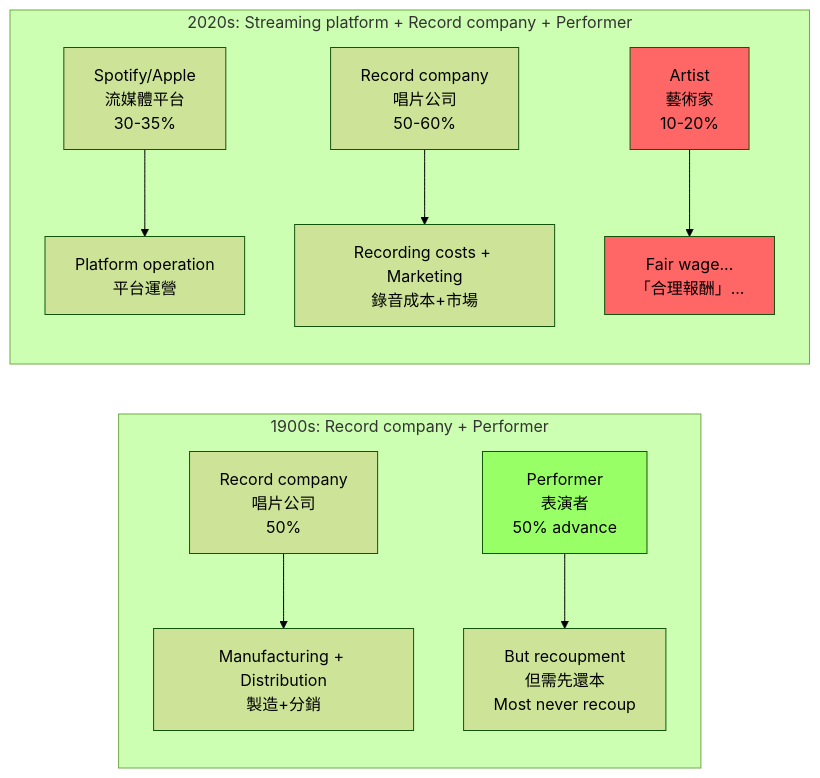
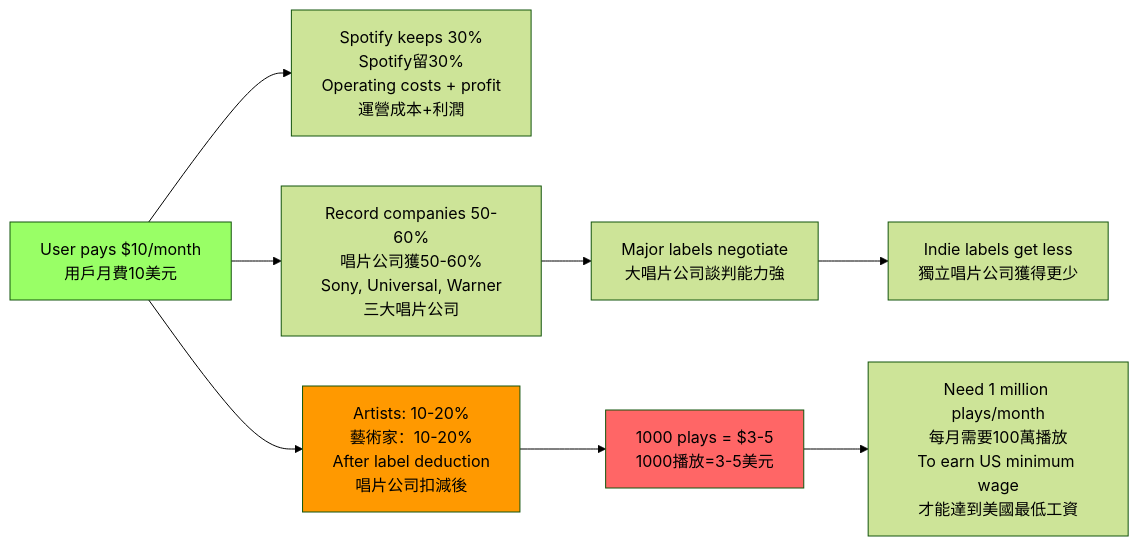
One commit to yip-lgtm/HKU-Harvard-History-Self-Study changed the second of 5 diagrams in 01_HKU_Courses/HIST4039_Technology_Creativity_Music.md. Above: the diagram before and after it, drawn with Mermaid (forest theme). The commit also changed other lines of this file and 22 other files, not shown here.

````diff
--- a/01_HKU_Courses/HIST4039_Technology_Creativity_Music.md
+++ b/01_HKU_Courses/HIST4039_Technology_Creativity_Music.md
@@ -120,17 +191,16 @@
 ```mermaid
 graph LR
-    subgraph "1900s: Record company + Performer"
-        A1[Record company<br/>唱片公司<br/>50%] --> A2[Manufacturing + Distribution<br/>製造+分銷]
-        A3[Performer<br/>表演者<br/>50% advance] --> A4[But recoupment<br/>但需先還本<br/>Most never recoup]
-    end
+    A[User pays $10/month<br/>用戶月費10美元] --> B[Spotify keeps 30%<br/>Spotify留30%<br/>Operating costs + profit<br/>運營成本+利潤]
+    A --> C[Record companies 50-60%<br/>唱片公司獲50-60%<br/>Sony, Universal, Warner<br/>三大唱片公司]
+    A --> D[Artists: 10-20%<br/>藝術家：10-20%<br/>After label deduction<br/>唱片公司扣減後]
     
-    subgraph "2020s: Streaming platform + Record company + Performer"
-        B1[Spotify/Apple<br/>流媒體平台<br/>30-35%] --> B2[Platform operation<br/>平台運營]
-        B3[Record company<br/>唱片公司<br/>50-60%] --> B4[Recording costs + Marketing<br/>錄音成本+市場]
-        B5[Artist<br/>藝術家<br/>10-20%] --> B6["Fair wage"...<br/>「合理報酬」...]
-    end
+    D --> E[1000 plays = $3-5<br/>1000播放=3-5美元]
+    E --> F[Need 1 million plays/month<br/>每月需要100萬播放<br/>To earn US minimum wage<br/>才能達到美國最低工資]
     
-    style A3 fill:#9f6
-    style B5 fill:#f66
-    style B6 fill:#f66
+    C --> G[Major labels negotiate<br/>大唱片公司談判能力強]
+    G --> H[Indie labels get less<br/>獨立唱片公司獲得更少]
+    
+    style A fill:#9f6
+    style E fill:#f66
+    style D fill:#f90
 ```
````
